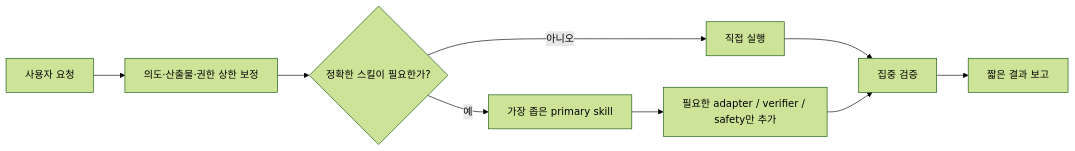
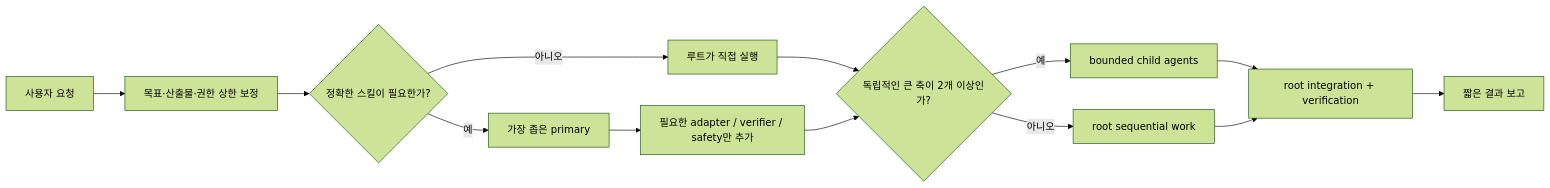
Before and after one commit to Seung-Won-Yu/codex-agent-kit: the diagram in README.md, drawn with Mermaid (forest theme). The commit also changed other lines of this file and 13 other files, not shown here.

````diff
--- a/README.md
+++ b/README.md
@@ -46,11 +77,15 @@
 ```mermaid
 flowchart LR
-  A["사용자 요청"] --> B["의도·산출물·권한 상한 보정"]
+  A["사용자 요청"] --> B["목표·산출물·권한 상한 보정"]
   B --> C{"정확한 스킬이 필요한가?"}
-  C -- "아니오" --> D["직접 실행"]
-  C -- "예" --> E["가장 좁은 primary skill"]
+  C -- "아니오" --> D["루트가 직접 실행"]
+  C -- "예" --> E["가장 좁은 primary"]
   E --> F["필요한 adapter / verifier / safety만 추가"]
-  D --> G["집중 검증"]
+  D --> G{"독립적인 큰 축이 2개 이상인가?"}
   F --> G
-  G --> H["짧은 결과 보고"]
+  G -- "예" --> H["bounded child agents"]
+  G -- "아니오" --> I["root sequential work"]
+  H --> J["root integration + verification"]
+  I --> J
+  J --> K["짧은 결과 보고"]
 ```
````
